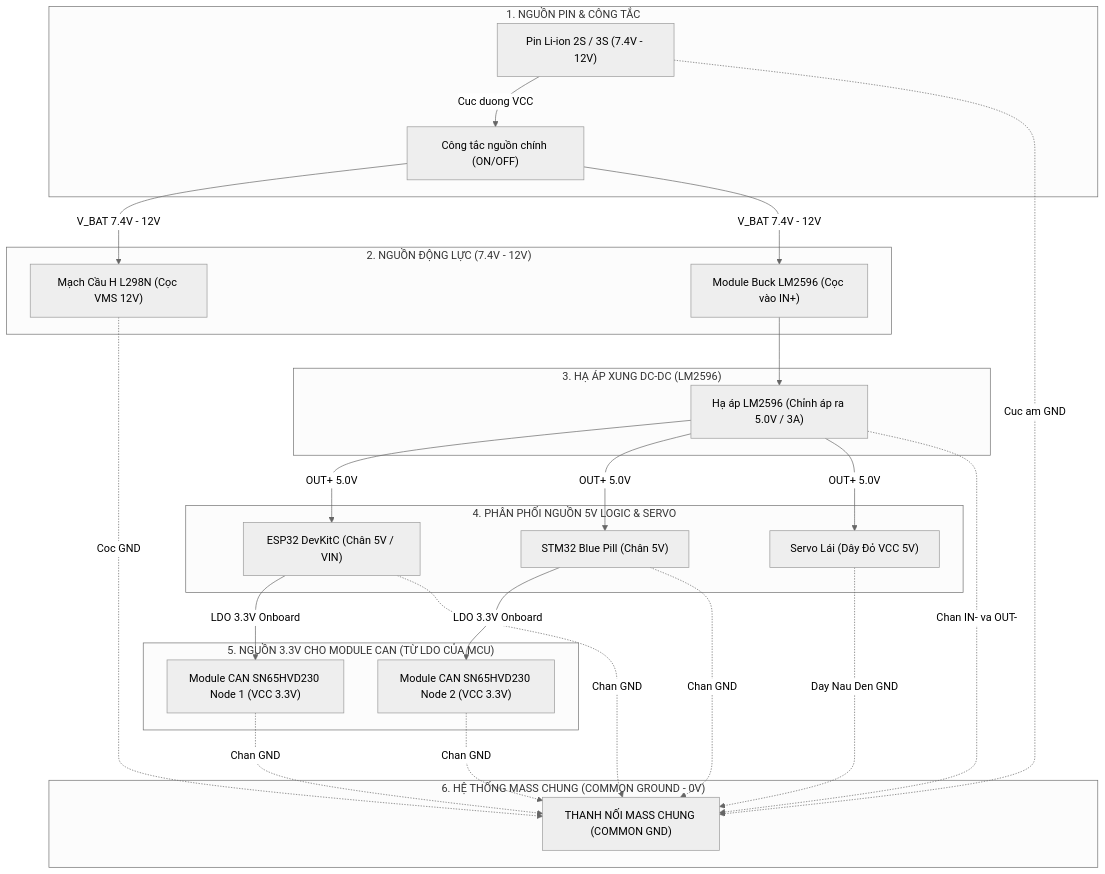
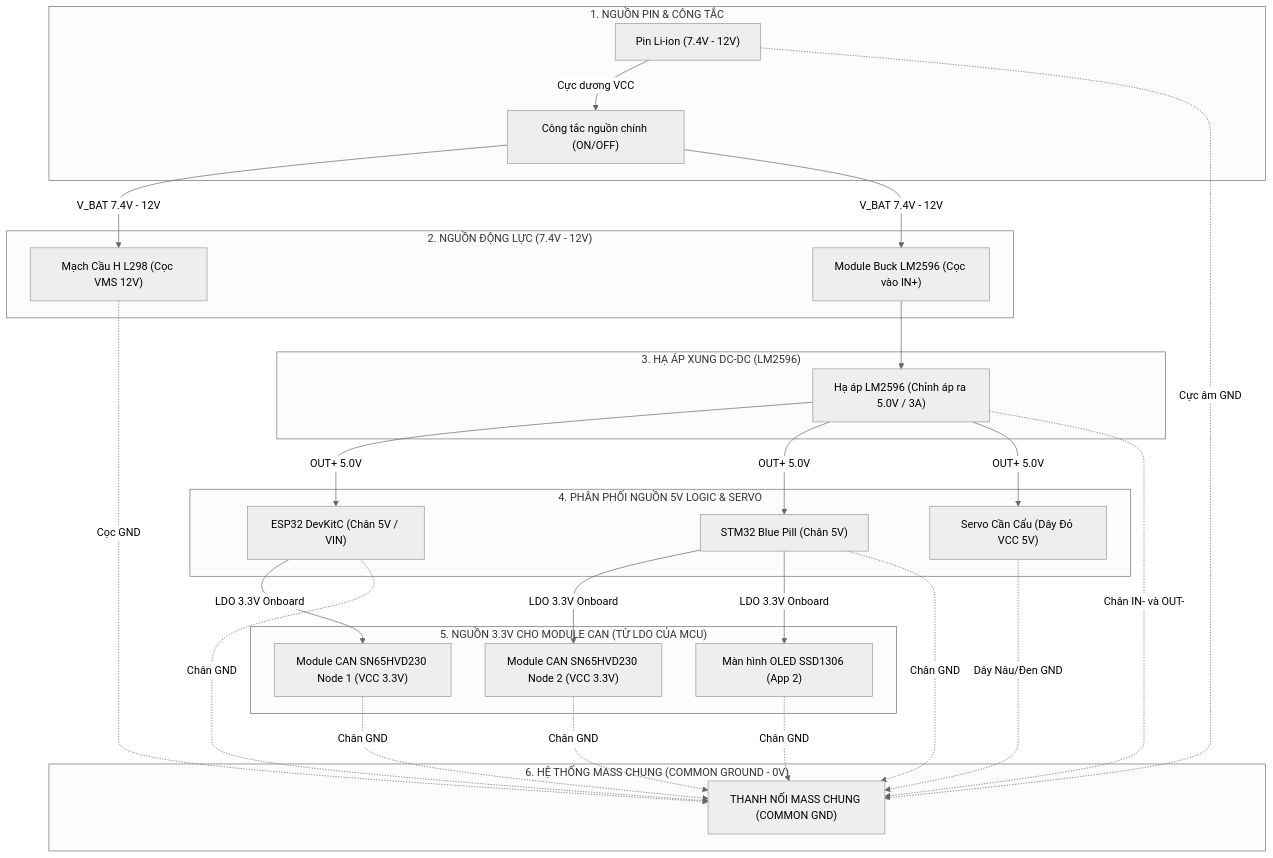
The second of 2 diagrams in Documents/Wiring_Diagram.md (ShallWiron/OTAutomotive), drawn with Mermaid (neutral theme) before and after one commit. The commit also changed other lines of this file and 116 other files, not shown here.

````diff
--- a/Documents/Wiring_Diagram.md
+++ b/Documents/Wiring_Diagram.md
@@ -193,51 +230,54 @@
 ```mermaid
 flowchart TD
     subgraph SRC["1. NGUỒN PIN & CÔNG TẮC"]
-        BAT["Pin Li-ion 2S / 3S (7.4V - 12V)"]
+        BAT["Pin Li-ion (7.4V - 12V)"]
         SW["Công tắc nguồn chính (ON/OFF)"]
-        BAT -->|Cuc duong VCC| SW
+        BAT -->|Cực dương VCC| SW
     end
 
     subgraph HIGH_PWR["2. NGUỒN ĐỘNG LỰC (7.4V - 12V)"]
-        L298N_PWR["Mạch Cầu H L298N (Cọc VMS 12V)"]
+        L298_PWR["Mạch Cầu H L298 (Cọc VMS 12V)"]
         LM2596_IN["Module Buck LM2596 (Cọc vào IN+)"]
-        SW -->|V_BAT 7.4V - 12V| L298N_PWR
+        SW -->|V_BAT 7.4V - 12V| L298_PWR
         SW -->|V_BAT 7.4V - 12V| LM2596_IN
     end
 
     subgraph BUCK["3. HẠ ÁP XUNG DC-DC (LM2596)"]
         LM2596["Hạ áp LM2596 (Chỉnh áp ra 5.0V / 3A)"]
         LM2596_IN --> LM2596
     end
 
     subgraph BUS_5V["4. PHÂN PHỐI NGUỒN 5V LOGIC & SERVO"]
         ESP_5V["ESP32 DevKitC (Chân 5V / VIN)"]
         STM_5V["STM32 Blue Pill (Chân 5V)"]
-        SERVO_5V["Servo Lái (Dây Đỏ VCC 5V)"]
+        SERVO_5V["Servo Cần Cẩu (Dây Đỏ VCC 5V)"]
 
         LM2596 -->|OUT+ 5.0V| ESP_5V
         LM2596 -->|OUT+ 5.0V| STM_5V
         LM2596 -->|OUT+ 5.0V| SERVO_5V
     end
 
     subgraph BUS_3V3["5. NGUỒN 3.3V CHO MODULE CAN (TỪ LDO CỦA MCU)"]
         CAN_ESP["Module CAN SN65HVD230 Node 1 (VCC 3.3V)"]
         CAN_STM["Module CAN SN65HVD230 Node 2 (VCC 3.3V)"]
+        OLED_3V3["Màn hình OLED SSD1306 (App 2)"]
 
         ESP_5V -->|LDO 3.3V Onboard| CAN_ESP
         STM_5V -->|LDO 3.3V Onboard| CAN_STM
+        STM_5V -->|LDO 3.3V Onboard| OLED_3V3
     end
 
     subgraph COMMON_GND["6. HỆ THỐNG MASS CHUNG (COMMON GROUND - 0V)"]
         GND_LINE["THANH NỐI MASS CHUNG (COMMON GND)"]
     end
 
-    BAT -.->|Cuc am GND| GND_LINE
-    LM2596 -.->|Chan IN- va OUT-| GND_LINE
-    L298N_PWR -.->|Coc GND| GND_LINE
-    ESP_5V -.->|Chan GND| GND_LINE
-    STM_5V -.->|Chan GND| GND_LINE
-    SERVO_5V -.->|Day Nau Den GND| GND_LINE
-    CAN_ESP -.->|Chan GND| GND_LINE
-    CAN_STM -.->|Chan GND| GND_LINE
+    BAT -.->|Cực âm GND| GND_LINE
+    LM2596 -.->|Chân IN- và OUT-| GND_LINE
+    L298_PWR -.->|Cọc GND| GND_LINE
+    ESP_5V -.->|Chân GND| GND_LINE
+    STM_5V -.->|Chân GND| GND_LINE
+    SERVO_5V -.->|Dây Nâu/Đen GND| GND_LINE
+    CAN_ESP -.->|Chân GND| GND_LINE
+    CAN_STM -.->|Chân GND| GND_LINE
+    OLED_3V3 -.->|Chân GND| GND_LINE
 ```
````
